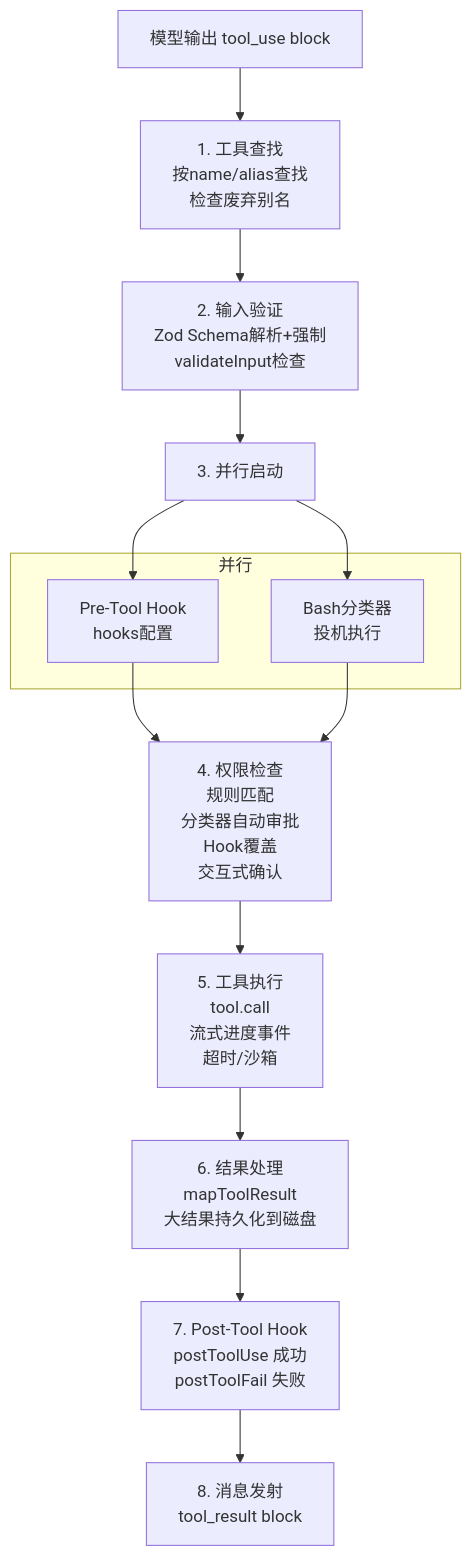
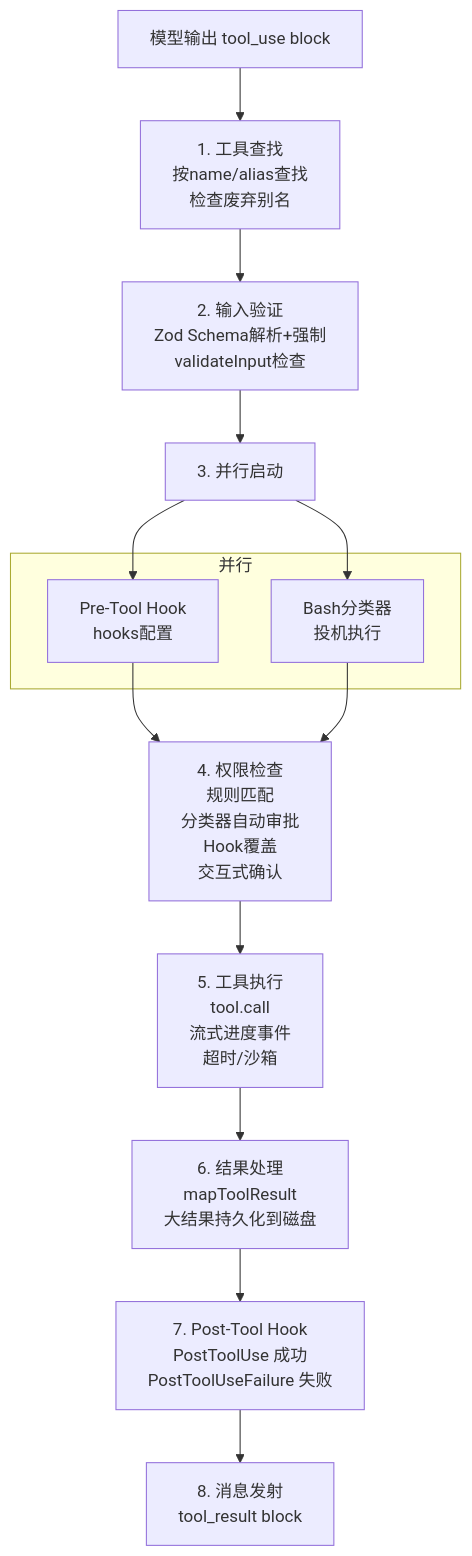
One commit to Windy3f3f3f3f/how-claude-code-works changed the second of 4 diagrams in docs/04-tool-system.md. Above: the diagram before and after it, drawn with Mermaid. The commit also changed other lines of this file and 36 other files, not shown here.

````diff
--- a/docs/04-tool-system.md
+++ b/docs/04-tool-system.md
@@ -234,21 +234,21 @@
 ```mermaid
 flowchart TD
     Input[模型输出 tool_use block] --> Find[1. 工具查找<br/>按name/alias查找<br/>检查废弃别名]
     Find --> Validate[2. 输入验证<br/>Zod Schema解析+强制<br/>validateInput检查]
     Validate --> Parallel[3. 并行启动]
 
     subgraph 并行
         Hook[Pre-Tool Hook<br/>hooks配置]
         Classifier[Bash分类器<br/>投机执行]
     end
 
     Parallel --> Hook
     Parallel --> Classifier
     Hook --> Perm[4. 权限检查<br/>规则匹配<br/>分类器自动审批<br/>Hook覆盖<br/>交互式确认]
     Classifier --> Perm
 
     Perm --> Exec[5. 工具执行<br/>tool.call<br/>流式进度事件<br/>超时/沙箱]
     Exec --> Result[6. 结果处理<br/>mapToolResult<br/>大结果持久化到磁盘]
-    Result --> PostHook[7. Post-Tool Hook<br/>postToolUse 成功<br/>postToolFail 失败]
+    Result --> PostHook[7. Post-Tool Hook<br/>PostToolUse 成功<br/>PostToolUseFailure 失败]
     PostHook --> Emit[8. 消息发射<br/>tool_result block]
 ```
````
